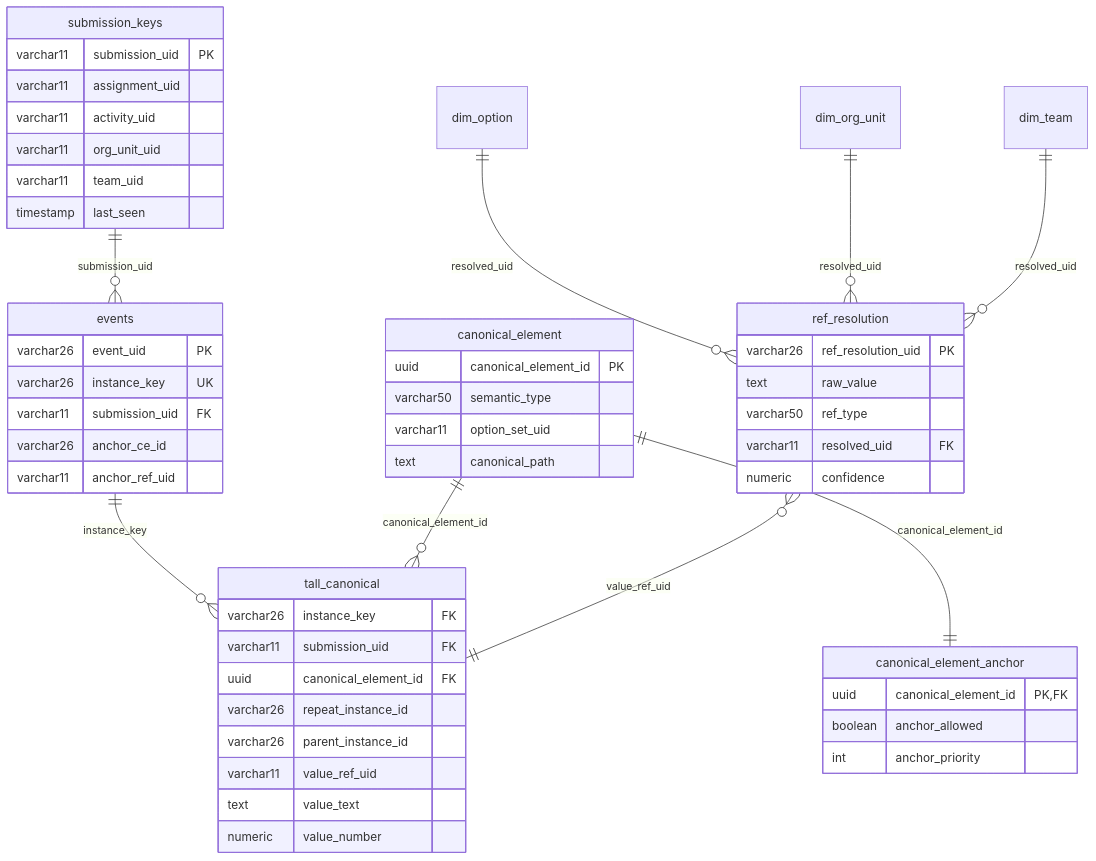
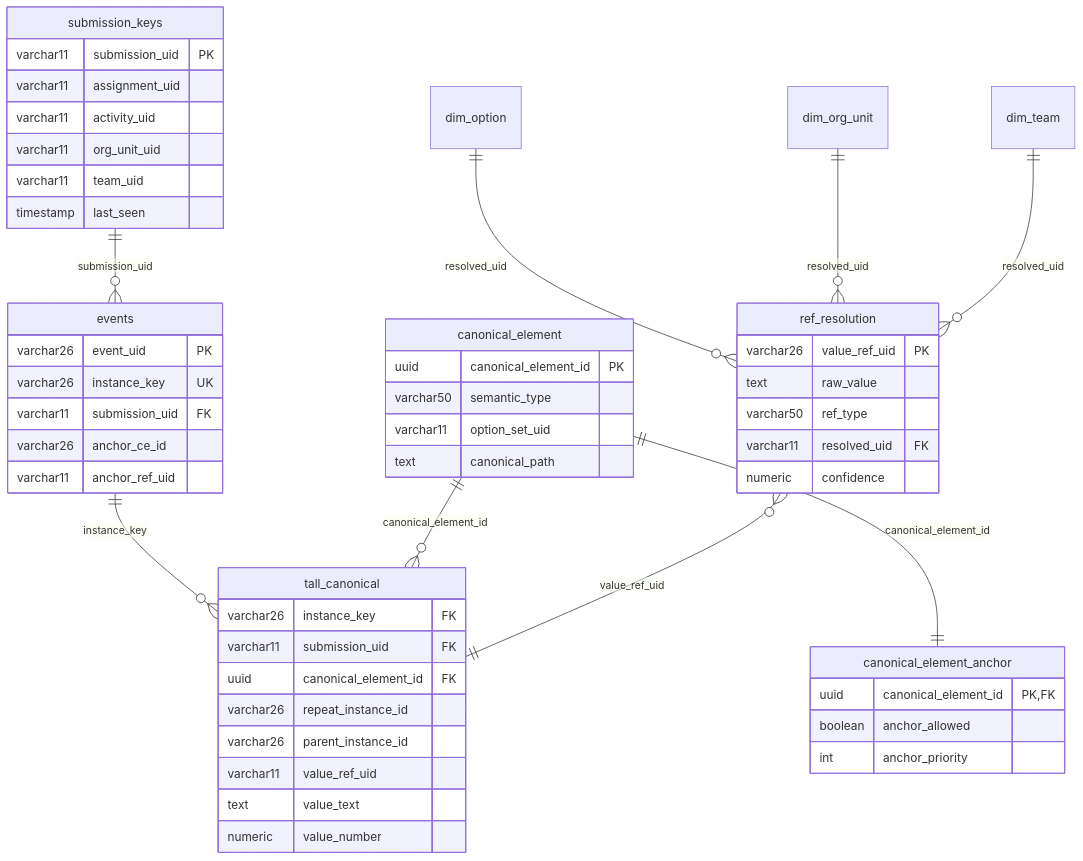
Before and after one commit to DataRun-ye/data-run-api: the second of 8 diagrams in brainstorming-notes/example/pivoting-service/diagrams.md, drawn with Mermaid. The commit also changed 22 other files, not shown here.

Commit message:
add ref type value

````diff
--- a/brainstorming-notes/example/pivoting-service/diagrams.md
+++ b/brainstorming-notes/example/pivoting-service/diagrams.md
@@ -33,61 +33,61 @@
 ```mermaid
 erDiagram
     submission_keys {
         varchar11 submission_uid PK
         varchar11 assignment_uid
         varchar11 activity_uid
         varchar11 org_unit_uid
         varchar11 team_uid
         timestamp last_seen
     }
 
     events {
         varchar26 event_uid PK
         varchar26 instance_key UK
         varchar11 submission_uid FK
         varchar26 anchor_ce_id
         varchar11 anchor_ref_uid
     }
 
     tall_canonical {
         varchar26 instance_key FK
         varchar11 submission_uid FK
         uuid canonical_element_id FK
         varchar26 repeat_instance_id
         varchar26 parent_instance_id
         varchar11 value_ref_uid
         text value_text
         numeric value_number
     }
 
     canonical_element {
         uuid canonical_element_id PK
         varchar50 semantic_type
         varchar11 option_set_uid
         text canonical_path
     }
 
     canonical_element_anchor {
         uuid canonical_element_id PK,FK
         boolean anchor_allowed
         int anchor_priority
     }
 
     ref_resolution {
-        varchar26 ref_resolution_uid PK
+        varchar26 value_ref_uid PK
         text raw_value
         varchar50 ref_type
         varchar11 resolved_uid FK
         numeric confidence
     }
 
     dim_option ||--o{ ref_resolution : resolved_uid
     dim_org_unit ||--o{ ref_resolution : resolved_uid
     dim_team ||--o{ ref_resolution : resolved_uid
 
     submission_keys ||--o{ events : "submission_uid"
     events ||--o{ tall_canonical : "instance_key"
     canonical_element ||--o{ tall_canonical : "canonical_element_id"
     canonical_element ||--|| canonical_element_anchor : "canonical_element_id"
     ref_resolution }o--|| tall_canonical : "value_ref_uid"
 ```
````
